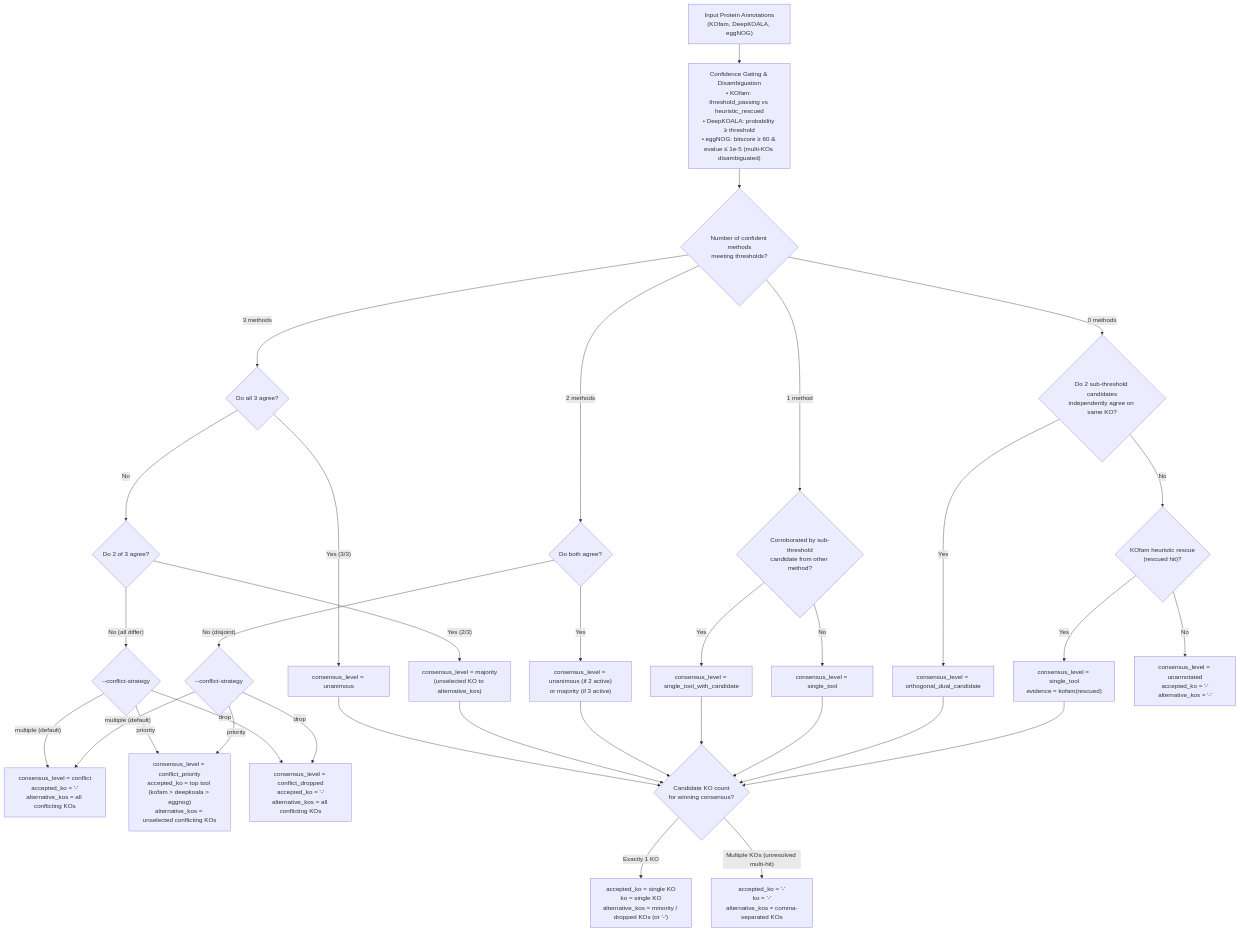
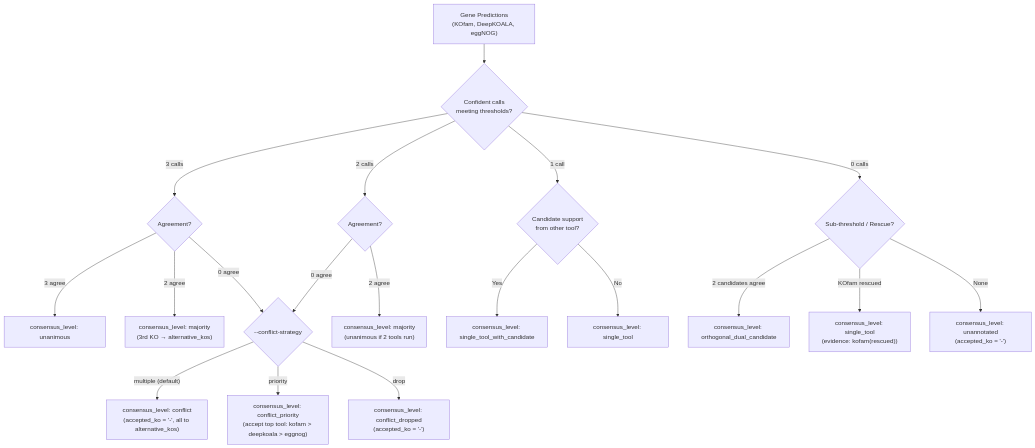
One commit to dylancronin/kolach changed the diagram in README.md. Above: the diagram before and after it, drawn with Mermaid. The commit also changed other lines of this file, not shown here.

````diff
--- a/README.md
+++ b/README.md
@@ -82,52 +90,31 @@
 ```mermaid
 flowchart TD
-    Start["Input Protein Annotations<br/>(KOfam, DeepKOALA, eggNOG)"] --> Filter["Confidence Gating & Disambiguation<br/>• KOfam: threshold_passing vs heuristic_rescued<br/>• DeepKOALA: probability ≥ threshold<br/>• eggNOG: bitscore ≥ 60 & evalue ≤ 1e-5 (multi-KOs disambiguated)"]
+    Start["Gene Predictions<br/>(KOfam, DeepKOALA, eggNOG)"] --> Count{"Confident calls<br/>meeting thresholds?"}
 
-    Filter --> Count{"Number of confident methods<br/>meeting thresholds?"}
+    %% 3 calls
+    Count -->|"3 calls"| C3{"Agreement?"}
+    C3 -->|"3 agree"| Unanimous["consensus_level: unanimous"]
+    C3 -->|"2 agree"| Majority["consensus_level: majority<br/>(3rd KO → alternative_kos)"]
+    C3 -->|"0 agree"| Conflict{"--conflict-strategy"}
 
-    %% 3 Methods
-    Count -->|"3 methods"| ThreeAgree{"Do all 3 agree?"}
-    ThreeAgree -->|"Yes (3/3)"| Unanimous3["consensus_level = unanimous"]
-    ThreeAgree -->|"No"| TwoAgree3{"Do 2 of 3 agree?"}
-    TwoAgree3 -->|"Yes (2/3)"| Majority3["consensus_level = majority<br/>(unselected KO to alternative_kos)"]
-    TwoAgree3 -->|"No (all differ)"| Conflict3{"--conflict-strategy"}
-
-    %% 2 Methods
-    Count -->|"2 methods"| TwoAgree{"Do both agree?"}
-    TwoAgree -->|"Yes"| Agreed2["consensus_level = unanimous (if 2 active)<br/>or majority (if 3 active)"]
-    TwoAgree -->|"No (disjoint)"| Conflict2{"--conflict-strategy"}
+    %% 2 calls
+    Count -->|"2 calls"| C2{"Agreement?"}
+    C2 -->|"2 agree"| Maj2["consensus_level: majority<br/>(unanimous if 2 tools run)"]
+    C2 -->|"0 agree"| Conflict
 
     %% Conflict resolution
-    Conflict3 -->|"multiple (default)"| ConfMult["consensus_level = conflict<br/>accepted_ko = '-'<br/>alternative_kos = all conflicting KOs"]
-    Conflict3 -->|"priority"| ConfPri["consensus_level = conflict_priority<br/>accepted_ko = top tool (kofam > deepkoala > eggnog)<br/>alternative_kos = unselected conflicting KOs"]
-    Conflict3 -->|"drop"| ConfDrop["consensus_level = conflict_dropped<br/>accepted_ko = '-'<br/>alternative_kos = all conflicting KOs"]
+    Conflict -->|"multiple (default)"| ConfM["consensus_level: conflict<br/>(accepted_ko = '-', all to alternative_kos)"]
+    Conflict -->|"priority"| ConfP["consensus_level: conflict_priority<br/>(accept top tool: kofam > deepkoala > eggnog)"]
+    Conflict -->|"drop"| ConfD["consensus_level: conflict_dropped<br/>(accepted_ko = '-')"]
 
-    Conflict2 -->|"multiple (default)"| ConfMult
-    Conflict2 -->|"priority"| ConfPri
-    Conflict2 -->|"drop"| ConfDrop
+    %% 1 call
+    Count -->|"1 call"| C1{"Candidate support<br/>from other tool?"}
+    C1 -->|"Yes"| SingleCand["consensus_level: single_tool_with_candidate"]
+    C1 -->|"No"| Single["consensus_level: single_tool"]
 
-    %% 1 Method
-    Count -->|"1 method"| CheckCand{"Corroborated by sub-threshold<br/>candidate from other method?"}
-    CheckCand -->|"Yes"| SingleCand["consensus_level = single_tool_with_candidate"]
-    CheckCand -->|"No"| Single1["consensus_level = single_tool"]
-
-    %% 0 Methods
-    Count -->|"0 methods"| CheckDual{"Do 2 sub-threshold candidates<br/>independently agree on same KO?"}
-    CheckDual -->|"Yes"| DualCand["consensus_level = orthogonal_dual_candidate"]
-    CheckDual -->|"No"| CheckRescued{"KOfam heuristic rescue<br/>(rescued hit)?"}
-    CheckRescued -->|"Yes"| Rescued["consensus_level = single_tool<br/>evidence = kofam(rescued)"]
-    CheckRescued -->|"No"| Unannotated["consensus_level = unannotated<br/>accepted_ko = '-'<br/>alternative_kos = '-'"]
-
-    %% Final Routing
-    Unanimous3 --> FinalRouting
-    Majority3 --> FinalRouting
-    Agreed2 --> FinalRouting
-    SingleCand --> FinalRouting
-    Single1 --> FinalRouting
-    DualCand --> FinalRouting
-    Rescued --> FinalRouting
-
-    FinalRouting{"Candidate KO count<br/>for winning consensus?"}
-    FinalRouting -->|"Exactly 1 KO"| SingleKO["accepted_ko = single KO<br/>ko = single KO<br/>alternative_kos = minority / dropped KOs (or '-')"]
-    FinalRouting -->|"Multiple KOs (unresolved multi-hit)"| MultiKO["accepted_ko = '-'<br/>ko = '-'<br/>alternative_kos = comma-separated KOs"]
+    %% 0 calls
+    Count -->|"0 calls"| C0{"Sub-threshold / Rescue?"}
+    C0 -->|"2 candidates agree"| DualCand["consensus_level: orthogonal_dual_candidate"]
+    C0 -->|"KOfam rescued"| Rescued["consensus_level: single_tool<br/>(evidence: kofam(rescued))"]
+    C0 -->|"None"| Unannotated["consensus_level: unannotated<br/>(accepted_ko = '-')"]
 ```
````
